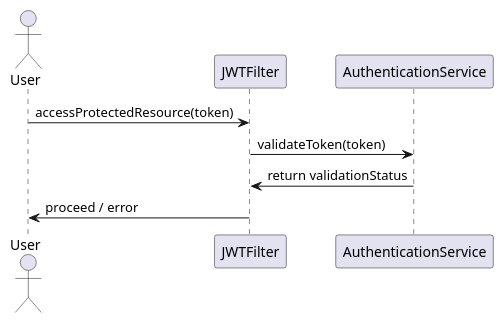
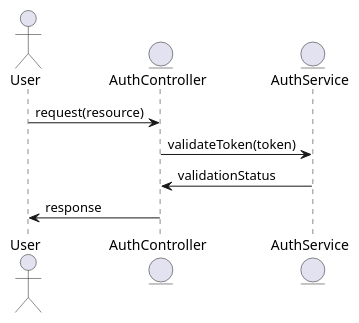
Before and after one commit to Dinesh-s95/AutoDoc.ai: the third of 4 diagrams in enrollment/documentation/detaileddesign.adoc, drawn with PlantUML. The commit also changed other lines of this file and 4 other files, not shown here.

```diff
--- a/enrollment/documentation/detaileddesign.adoc
+++ b/enrollment/documentation/detaileddesign.adoc
@@ -228,13 +210,13 @@
-[plantuml, jwt-validation-sequence, png]
+[plantuml, jwt-validation-flow, png]
 ----
 @startuml
-actor "User" as user
-participant "JWTFilter" as jwtFilter
-participant "AuthenticationService" as authService
+actor User
+entity AuthController
+entity AuthService
 
-user -> jwtFilter : accessProtectedResource(token)
-jwtFilter -> authService : validateToken(token)
-authService -> jwtFilter : return validationStatus
-jwtFilter -> user : proceed / error
+User -> AuthController : request(resource)
+AuthController -> AuthService : validateToken(token)
+AuthService -> AuthController : validationStatus
+AuthController -> User : response
 @enduml
 ----
```
